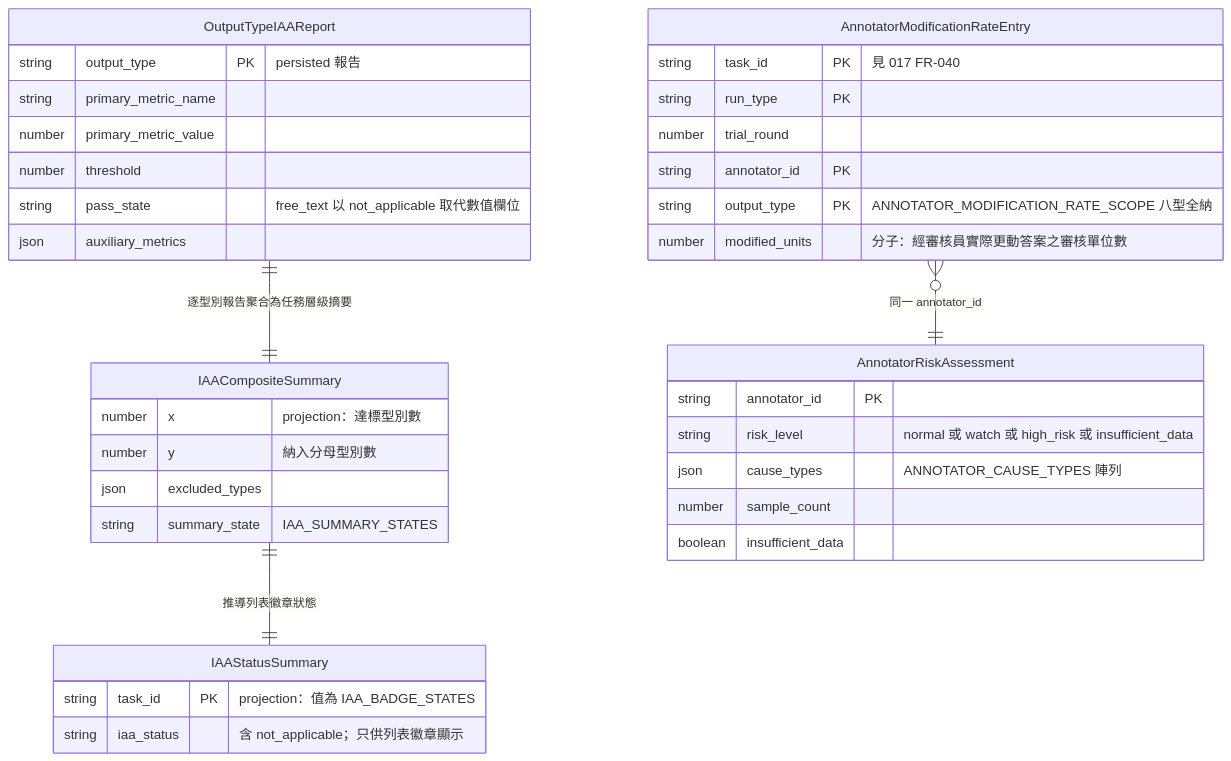
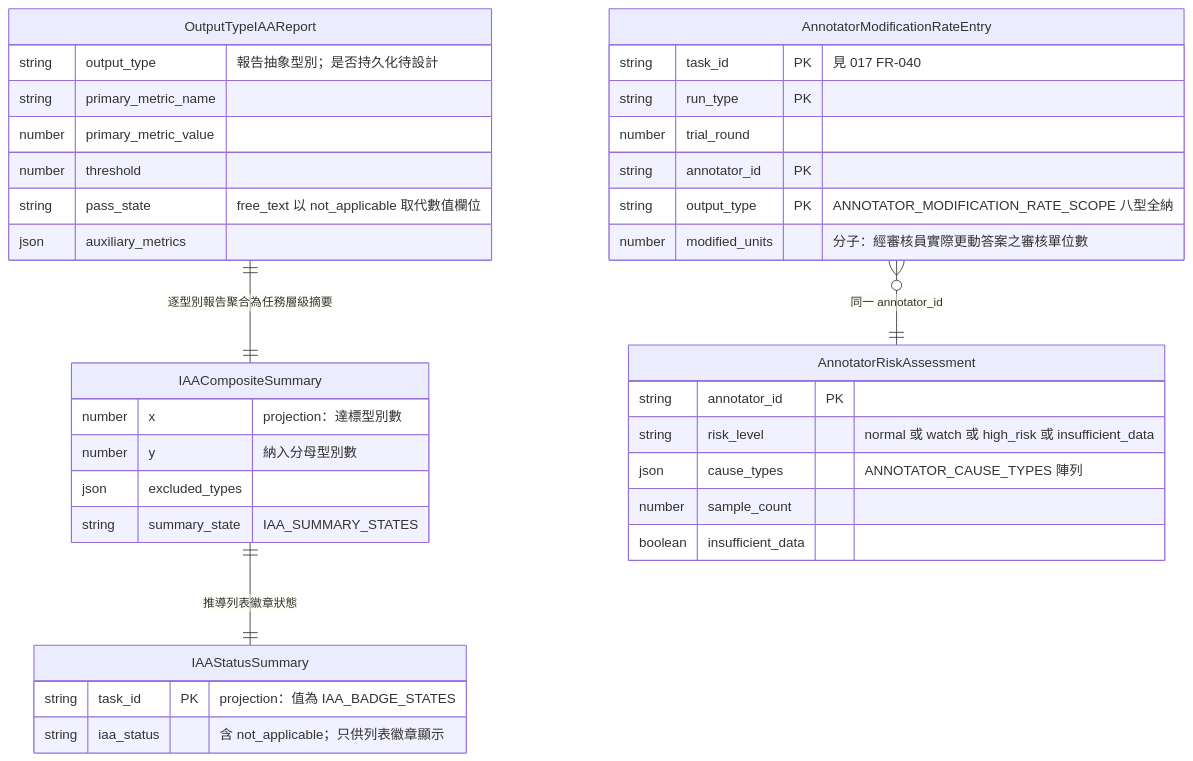
One commit to singyichen/label-suite changed the fifth of 6 diagrams in docs/diagrams/architecture/core-data-model-er.md. Above: the diagram before and after it, drawn with Mermaid. The commit also changed other lines of this file and 6 other files, not shown here.

````diff
--- a/docs/diagrams/architecture/core-data-model-er.md
+++ b/docs/diagrams/architecture/core-data-model-er.md
@@ -390,40 +389,40 @@
 ```mermaid
 erDiagram
     IAAStatusSummary {
         string task_id PK "projection：值為 IAA_BADGE_STATES"
         string iaa_status "含 not_applicable；只供列表徽章顯示"
     }
     OutputTypeIAAReport {
-        string output_type PK "persisted 報告"
+        string output_type "報告抽象型別；是否持久化待設計"
         string primary_metric_name
         number primary_metric_value
         number threshold
         string pass_state "free_text 以 not_applicable 取代數值欄位"
         json auxiliary_metrics
     }
     IAACompositeSummary {
         number x "projection：達標型別數"
         number y "納入分母型別數"
         json excluded_types
         string summary_state "IAA_SUMMARY_STATES"
     }
     AnnotatorModificationRateEntry {
         string task_id PK "見 017 FR-040"
         string run_type PK
         number trial_round
         string annotator_id PK
         string output_type PK "ANNOTATOR_MODIFICATION_RATE_SCOPE 八型全納"
         number modified_units "分子：經審核員實際更動答案之審核單位數"
     }
     AnnotatorRiskAssessment {
         string annotator_id PK
         string risk_level "normal 或 watch 或 high_risk 或 insufficient_data"
         json cause_types "ANNOTATOR_CAUSE_TYPES 陣列"
         number sample_count
         boolean insufficient_data
     }
 
     OutputTypeIAAReport ||--|| IAACompositeSummary : "逐型別報告聚合為任務層級摘要"
     IAACompositeSummary ||--|| IAAStatusSummary : "推導列表徽章狀態"
     AnnotatorModificationRateEntry }o--|| AnnotatorRiskAssessment : "同一 annotator_id"
 ```
````
